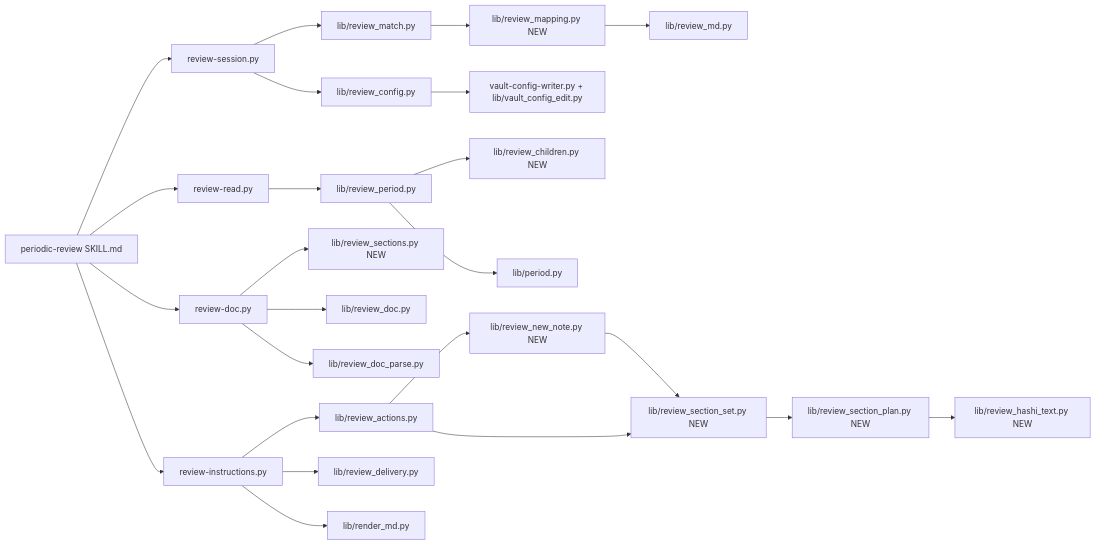
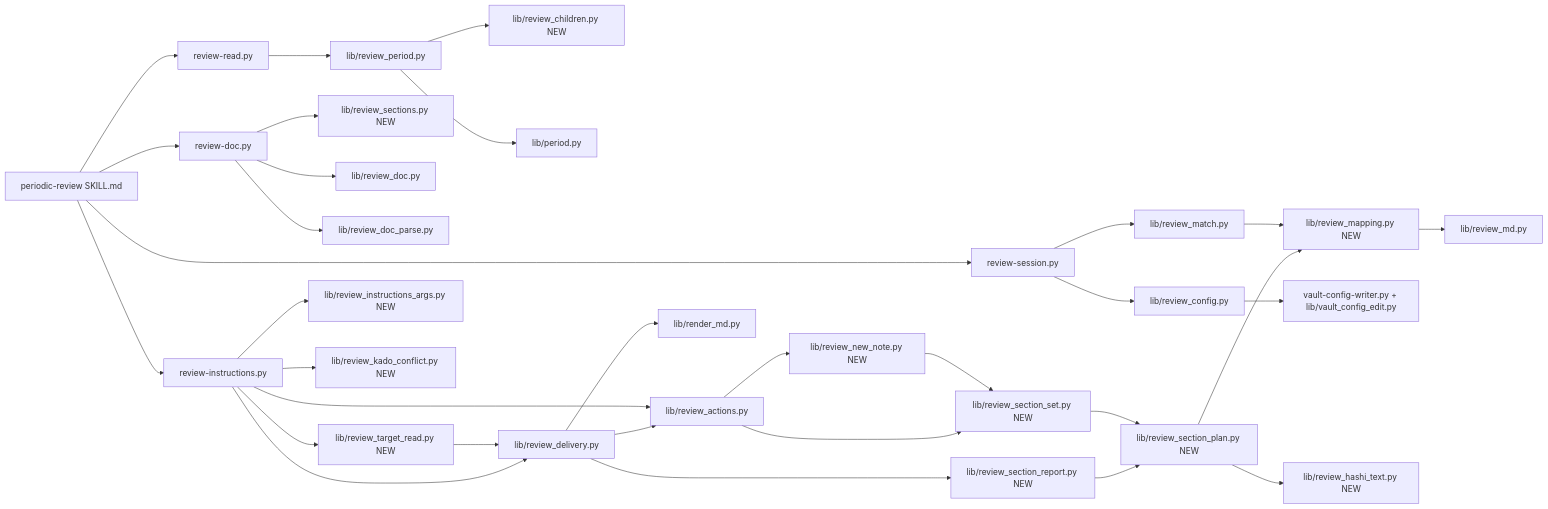
The second of 3 diagrams in docs/XDD/specs/046-review-template-sections/solution.md (MMoMM-org/miyo-tomo), drawn with Mermaid before and after one commit. The commit also changed other lines of this file and 5 other files, not shown here.

````diff
--- a/docs/XDD/specs/046-review-template-sections/solution.md
+++ b/docs/XDD/specs/046-review-template-sections/solution.md
@@ -319,26 +319,34 @@
 ```mermaid
 graph LR
     Skill[periodic-review SKILL.md] --> Session[review-session.py]
     Session --> Match[lib/review_match.py]
     Match --> Mapping[lib/review_mapping.py NEW]
     Mapping --> MD[lib/review_md.py]
     Session --> Config[lib/review_config.py]
     Config --> Writer[vault-config-writer.py + lib/vault_config_edit.py]
     Skill --> Read[review-read.py]
     Read --> PeriodRead[lib/review_period.py]
     PeriodRead --> Children[lib/review_children.py NEW]
     PeriodRead --> Period[lib/period.py]
     Skill --> Doc[review-doc.py]
     Doc --> Sections[lib/review_sections.py NEW]
     Doc --> DocLib[lib/review_doc.py]
     Doc --> Parse[lib/review_doc_parse.py]
     Skill --> Instr[review-instructions.py]
     Instr --> Actions[lib/review_actions.py]
     Actions --> NewNote[lib/review_new_note.py NEW]
     NewNote --> SectionSet[lib/review_section_set.py NEW]
     Actions --> SectionSet
     SectionSet --> SectionPlan[lib/review_section_plan.py NEW]
     SectionPlan --> HashiText[lib/review_hashi_text.py NEW]
-    Instr --> Delivery[lib/review_delivery.py]
-    Instr --> RenderMD[lib/render_md.py]
+    Instr --> TargetRead[lib/review_target_read.py NEW]
+    TargetRead --> Delivery[lib/review_delivery.py]
+    Instr --> Delivery
+    Instr --> Args[lib/review_instructions_args.py NEW]
+    Instr --> KadoConflict[lib/review_kado_conflict.py NEW]
+    Delivery --> Actions
+    Delivery --> SectionReport[lib/review_section_report.py NEW]
+    SectionReport --> SectionPlan
+    SectionPlan --> Mapping
+    Delivery --> RenderMD[lib/render_md.py]
 ```
````
